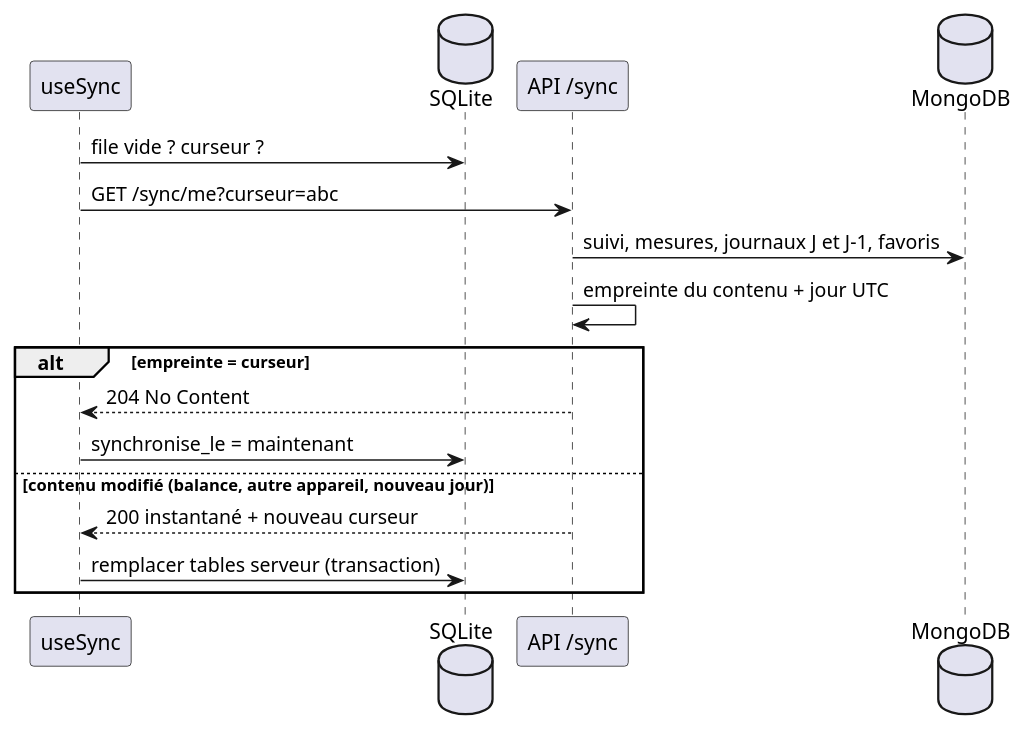
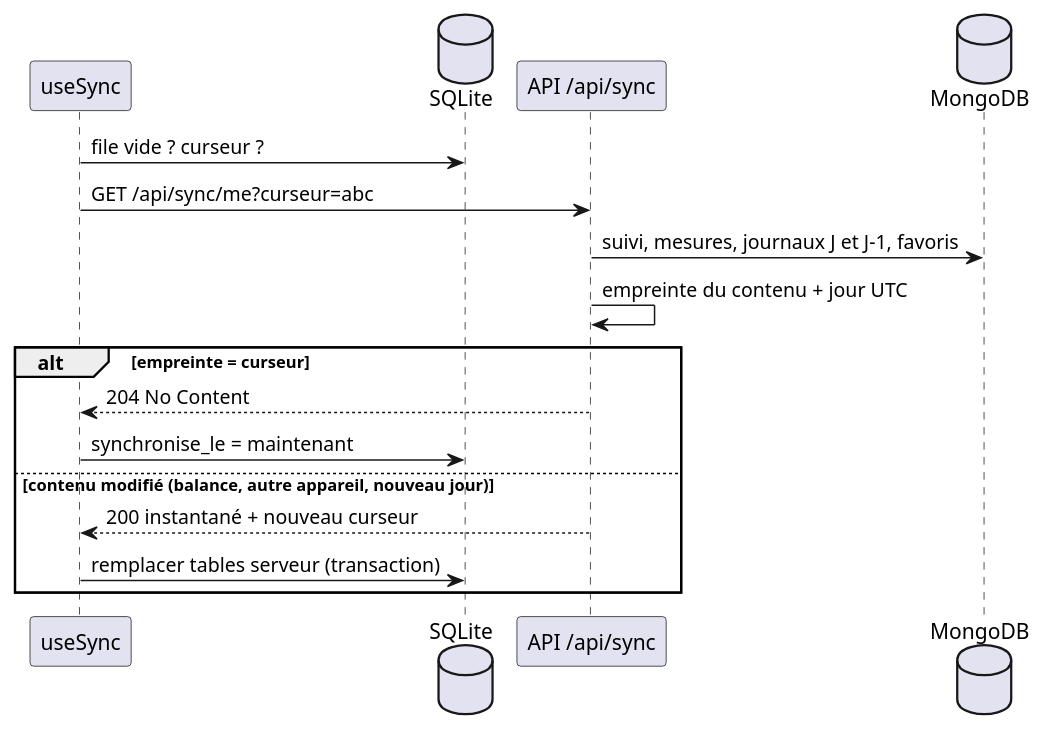
One commit to hachwilliam89-spec/Equilibre-HACH-Kim changed the third of 4 diagrams in docs/synchronisation.md. Above: the diagram before and after it, drawn with PlantUML. The commit also changed other lines of this file and 12 other files, not shown here.

Commit message:
docs(sync): aligne les diagrammes et les preuves de recette (FR403-767)

````diff
--- a/docs/synchronisation.md
+++ b/docs/synchronisation.md
@@ -220,20 +225,20 @@
 ```plantuml
 @startuml
 participant "useSync" as Sync
 database "SQLite" as DB
-participant "API /sync" as API
+participant "API /api/sync" as API
 database MongoDB
 
 Sync -> DB : file vide ? curseur ?
-Sync -> API : GET /sync/me?curseur=abc
+Sync -> API : GET /api/sync/me?curseur=abc
 API -> MongoDB : suivi, mesures, journaux J et J-1, favoris
 API -> API : empreinte du contenu + jour UTC
 alt empreinte = curseur
   API --> Sync : 204 No Content
   Sync -> DB : synchronise_le = maintenant
 else contenu modifié (balance, autre appareil, nouveau jour)
   API --> Sync : 200 instantané + nouveau curseur
   Sync -> DB : remplacer tables serveur (transaction)
 end
 @enduml
 ```
````
